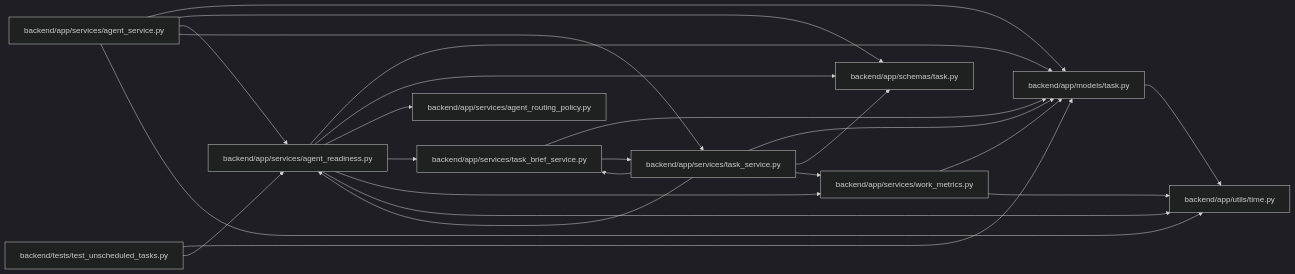
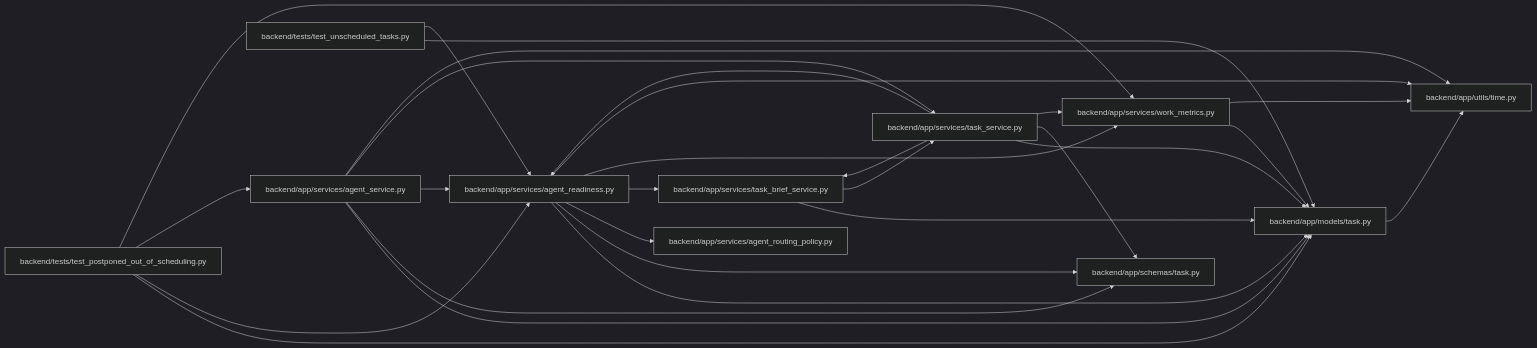
The diagram in docs/llm_wiki/modules/agent_readiness.md (Denissvgn/WorkChord), drawn with Mermaid (dark theme) before and after one commit. The commit also changed other lines of this file and 724 other files, not shown here.

Commit message:
Sync the architectural wiki for keeping postponed tasks out of scheduling

````diff
--- a/docs/llm_wiki/modules/agent_readiness.md
+++ b/docs/llm_wiki/modules/agent_readiness.md
@@ -29,46 +29,52 @@
 ```mermaid
 flowchart LR
     n0["backend/app/models/task.py"]
     n1["backend/app/schemas/task.py"]
     n2["backend/app/services/agent_readiness.py"]
     n3["backend/app/services/agent_routing_policy.py"]
     n4["backend/app/services/agent_service.py"]
     n5["backend/app/services/task_brief_service.py"]
     n6["backend/app/services/task_service.py"]
     n7["backend/app/services/work_metrics.py"]
     n8["backend/app/utils/time.py"]
-    n9["backend/tests/test_unscheduled_tasks.py"]
+    n9["backend/tests/test_postponed_out_of_scheduling.py"]
+    n10["backend/tests/test_unscheduled_tasks.py"]
     n0 --> n8
     n2 --> n0
     n2 --> n1
     n2 --> n3
     n2 --> n5
     n2 --> n7
     n2 --> n8
     n4 --> n0
     n4 --> n1
     n4 --> n2
     n4 --> n6
     n4 --> n8
     n5 --> n0
     n5 --> n6
     n6 --> n0
     n6 --> n1
     n6 --> n2
     n6 --> n5
     n6 --> n7
     n7 --> n0
     n7 --> n8
     n9 --> n0
     n9 --> n2
+    n9 --> n4
+    n9 --> n7
+    n10 --> n0
+    n10 --> n2
     click n0 "../modules/models_task.md"
     click n1 "../modules/schemas_task.md"
     click n2 "../modules/agent_readiness.md"
     click n3 "../modules/agent_routing_policy.md"
     click n4 "../modules/agent_service.md"
     click n5 "../modules/task_brief_service.md"
     click n6 "../modules/task_service.md"
     click n7 "../modules/services_work_metrics.md"
     click n8 "../modules/time.md"
-    click n9 "../modules/test_unscheduled_tasks.md"
+    click n9 "../modules/test_postponed_out_of_scheduling.md"
+    click n10 "../modules/test_unscheduled_tasks.md"
 ```
````
